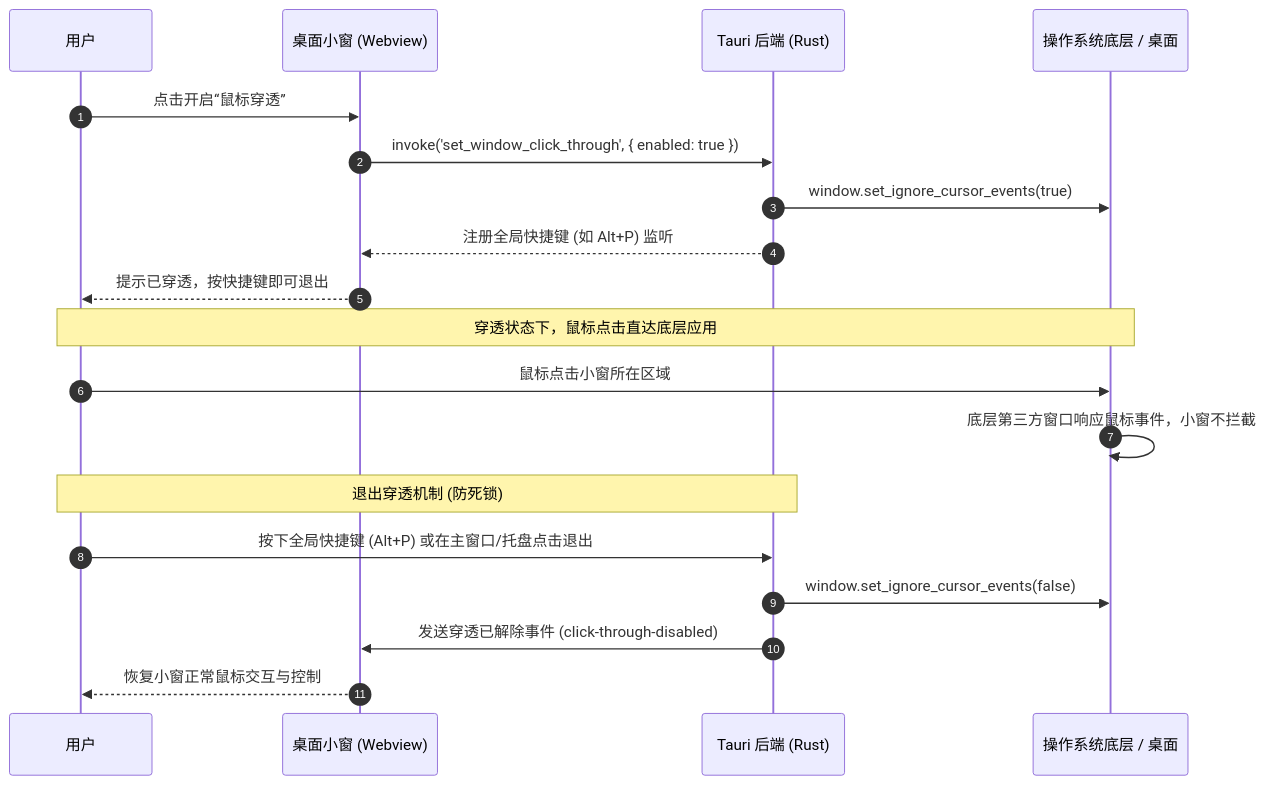
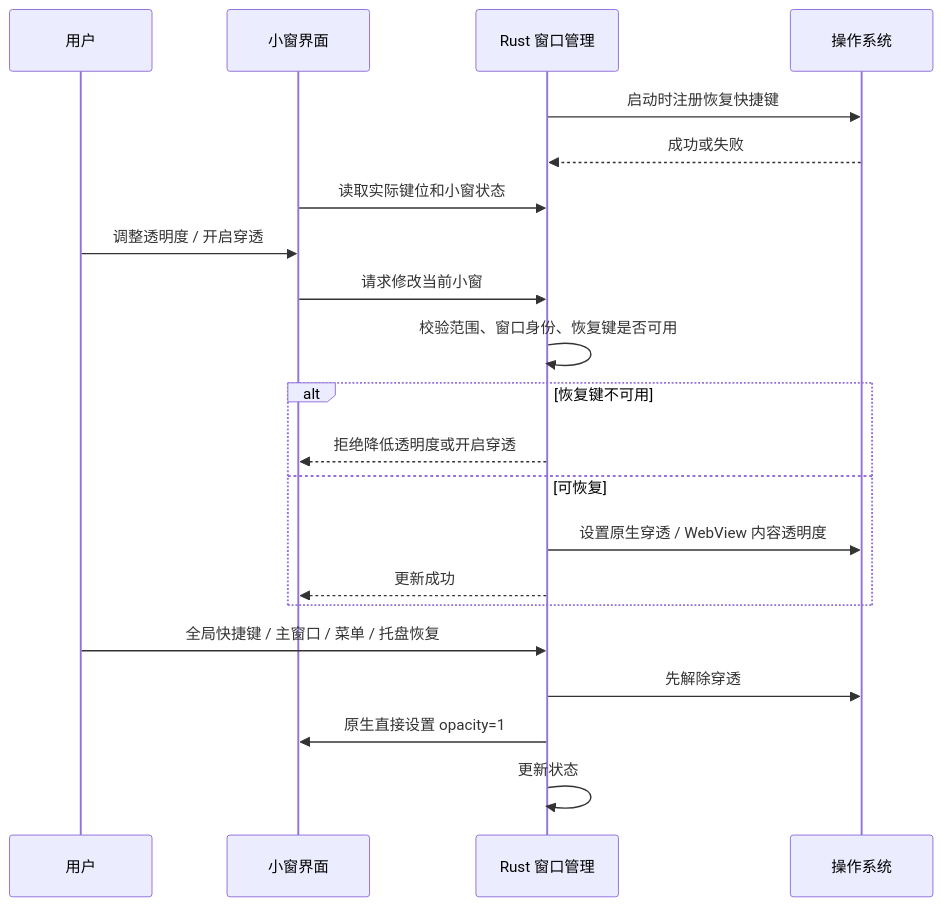
Before and after one commit to liuzhuogood/MyWebScrcpy: the diagram in docs/versions/v1.24.0-feature/design.md, drawn with Mermaid. The commit also changed other lines of this file and 36 other files, not shown here.

````diff
--- a/docs/versions/v1.24.0-feature/design.md
+++ b/docs/versions/v1.24.0-feature/design.md
@@ -29,24 +31,23 @@
 ```mermaid
 sequenceDiagram
-  autonumber
   participant U as 用户
-  participant W as 桌面小窗 (Webview)
-  participant R as Tauri 后端 (Rust)
-  participant OS as 操作系统底层 / 桌面
-
-  U->>W: 点击开启“鼠标穿透”
-  W->>R: invoke('set_window_click_through', { enabled: true })
-  R->>OS: window.set_ignore_cursor_events(true)
-  R-->>W: 注册全局快捷键 (如 Alt+P) 监听
-  W-->>U: 提示已穿透，按快捷键即可退出
-
-  Note over U,OS: 穿透状态下，鼠标点击直达底层应用
-  U->>OS: 鼠标点击小窗所在区域
-  OS->>OS: 底层第三方窗口响应鼠标事件，小窗不拦截
-
-  Note over U,R: 退出穿透机制 (防死锁)
-  U->>R: 按下全局快捷键 (Alt+P) 或在主窗口/托盘点击退出
-  R->>OS: window.set_ignore_cursor_events(false)
-  R->>W: 发送穿透已解除事件 (click-through-disabled)
-  W-->>U: 恢复小窗正常鼠标交互与控制
+  participant V as 小窗界面
+  participant R as Rust 窗口管理
+  participant OS as 操作系统
+  R->>OS: 启动时注册恢复快捷键
+  OS-->>R: 成功或失败
+  V->>R: 读取实际键位和小窗状态
+  U->>V: 调整透明度 / 开启穿透
+  V->>R: 请求修改当前小窗
+  R->>R: 校验范围、窗口身份、恢复键是否可用
+  alt 恢复键不可用
+    R-->>V: 拒绝降低透明度或开启穿透
+  else 可恢复
+    R->>OS: 设置原生穿透 / WebView 内容透明度
+    R-->>V: 更新成功
+  end
+  U->>R: 全局快捷键 / 主窗口 / 菜单 / 托盘恢复
+  R->>OS: 先解除穿透
+  R->>V: 原生直接设置 opacity=1
+  R->>R: 更新状态
 ```
````
